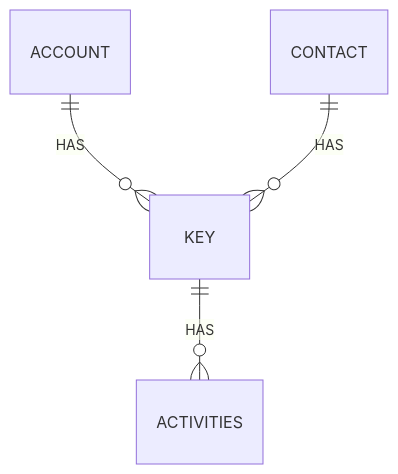
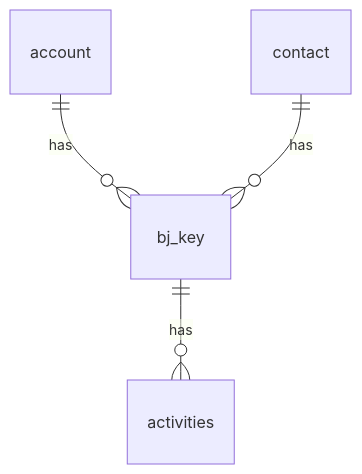
Before and after one commit to BenjaminJohn/KeyBox: the diagram in README.md, drawn with Mermaid. The commit also changed other lines of this file, not shown here.

````diff
--- a/README.md
+++ b/README.md
@@ -37,10 +44,10 @@
 ```mermaid
 erDiagram
-ACCOUNT  {  }
-CONTACT  {  }
-KEY  {  }
-ACTIVITIES { }
-ACCOUNT  ||--o{  KEY  :HAS
-CONTACT  ||--o{  KEY  :HAS
-KEY  ||--o{  ACTIVITIES  :HAS
+account  {  }
+contact  {  }
+bj_key  {  }
+activities { }
+account  ||--o{  bj_key  :has
+contact  ||--o{  bj_key  :has
+bj_key  ||--o{  activities  :has
 ```
````
